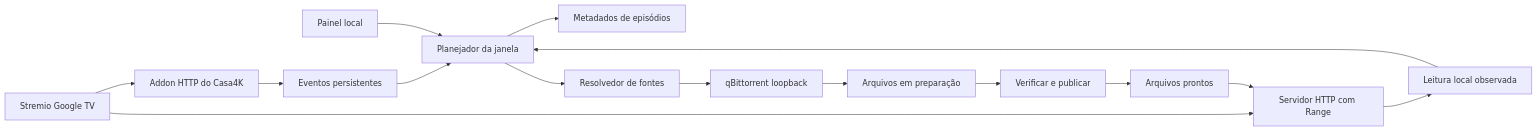
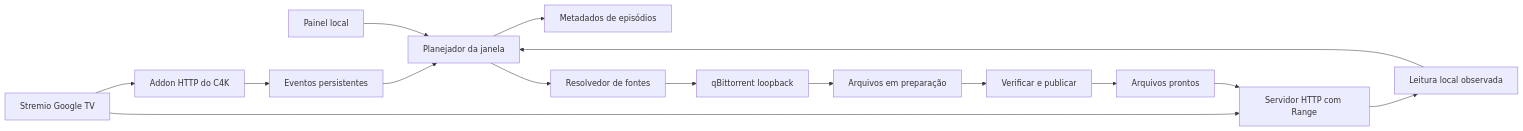
The diagram in .planning/STREMIO-DESIGN.md (juniorags1/c4k), drawn with Mermaid before and after one commit. The commit also changed other lines of this file and 34 other files, not shown here.

````diff
--- a/.planning/STREMIO-DESIGN.md
+++ b/.planning/STREMIO-DESIGN.md
@@ -26,17 +26,17 @@
 ```mermaid
 flowchart LR
-    TV[Stremio Google TV] --> A[Addon HTTP do Casa4K]
+    TV[Stremio Google TV] --> A[Addon HTTP do C4K]
     A --> E[Eventos persistentes]
     E --> P[Planejador da janela]
     UI[Painel local] --> P
     P --> M[Metadados de episódios]
     P --> R[Resolvedor de fontes]
     R --> Q[qBittorrent loopback]
     Q --> D[Arquivos em preparação]
     D --> V[Verificar e publicar]
     V --> F[Arquivos prontos]
     TV --> H[Servidor HTTP com Range]
     F --> H
     H --> O[Leitura local observada]
     O --> P
 ```
````
